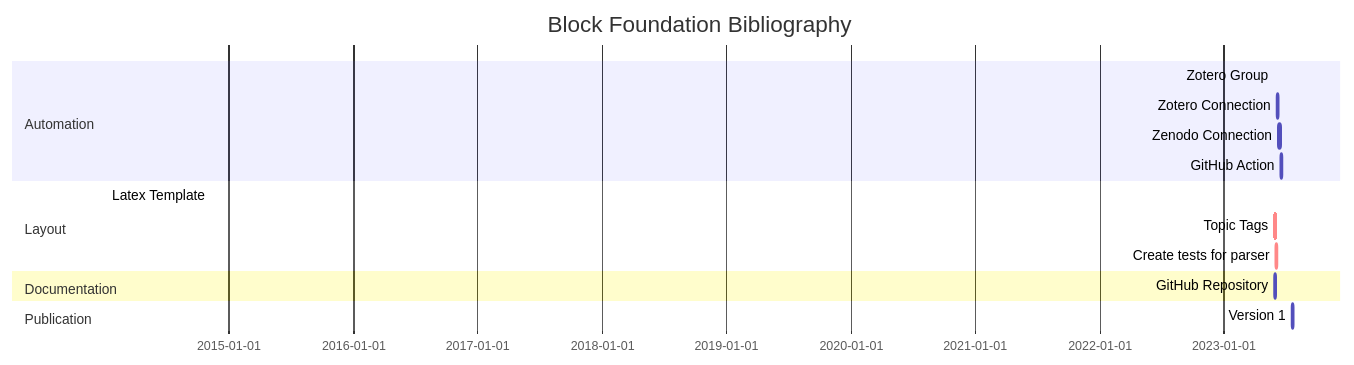
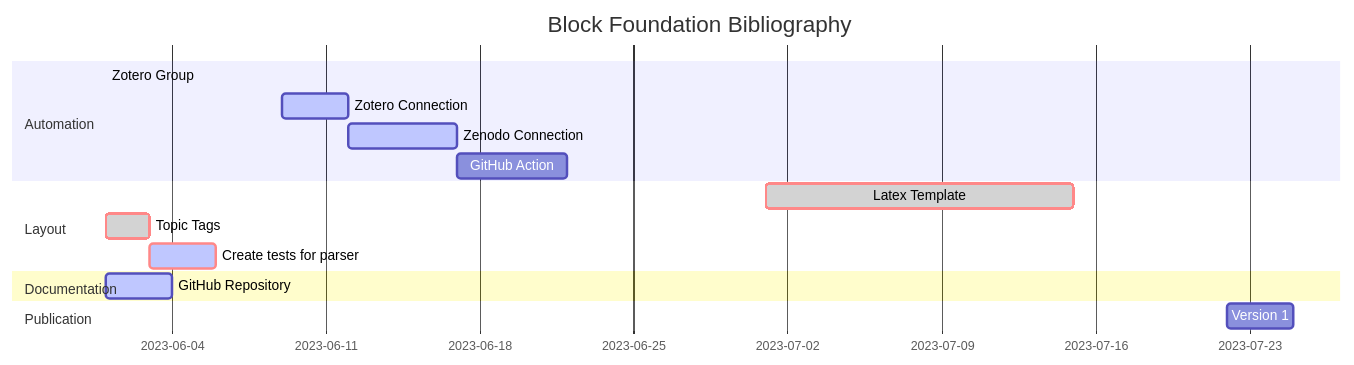
The second of 2 diagrams in README.md (block-foundation/bibliography), drawn with Mermaid before and after one commit. The commit also changed other lines of this file, not shown here.

````diff
--- a/README.md
+++ b/README.md
@@ -106,23 +129,23 @@
 ```mermaid
 gantt
       dateFormat  YYYY-MM-DD
       title Block Foundation Bibliography
 
       section Automation
       Zotero Group              :done,    des1, 2023-06-01,20123-06-14
       Zotero Connection         :active,  des2, 2023-06-09, 3d
       Zenodo Connection         :active,  des3, after des2, 5d
       GitHub Action             :         des4, after des3, 5d
 
       section Layout
-      Latex Template                      :crit, done, 2014-01-06,24h
+      Latex Template                      :crit, done, 2023-07-01,14d
       Topic Tags                          :crit, done, after des1, 2d
       Create tests for parser             :crit, active, 3d
 
       section Documentation
       GitHub Repository                   :active, a1, after des1, 3d
 
       section Publication
       Version 1                           :after doc1, 3d
 
 ```
````
